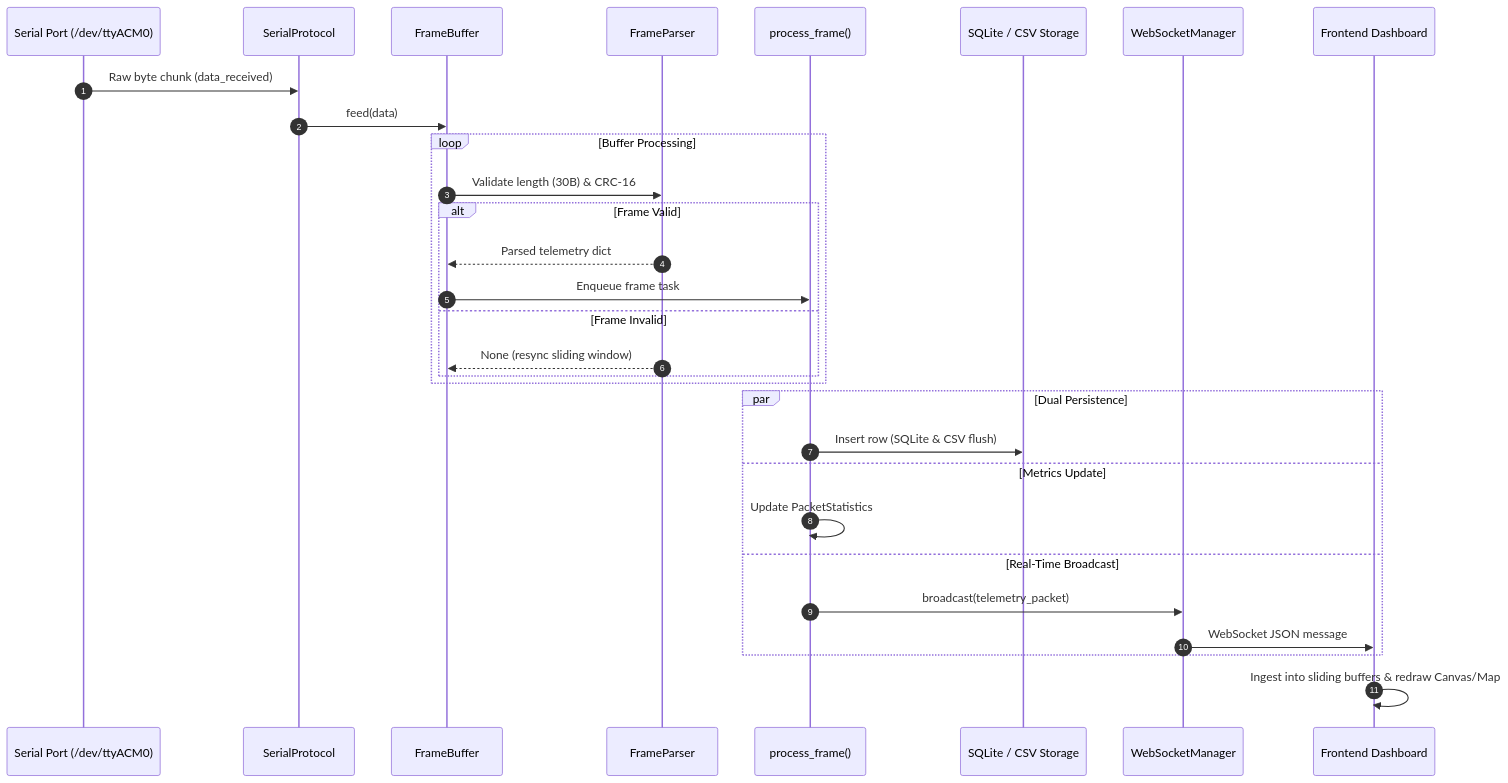
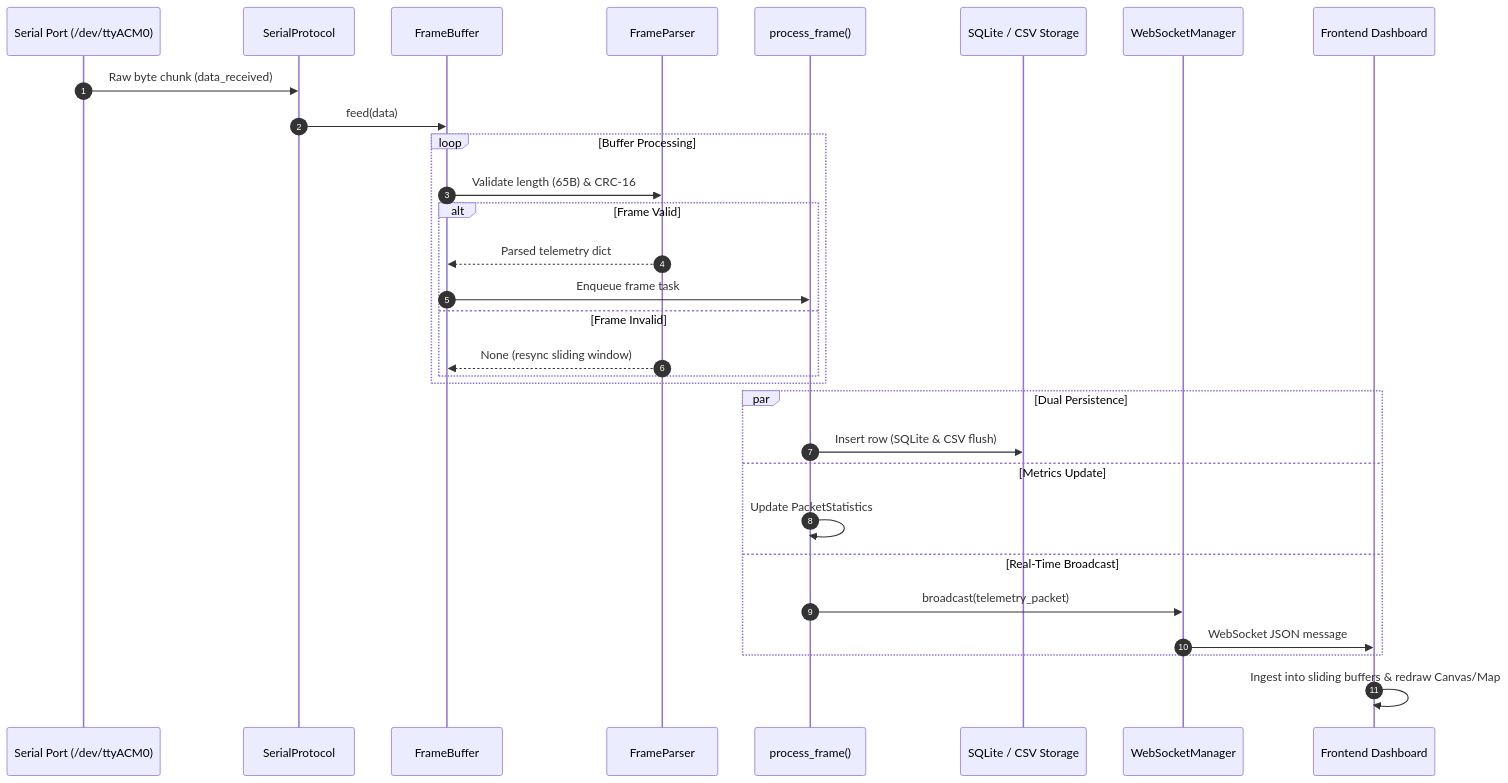
One commit to Invenciones-Espaciales/estacion-terrena-cansat changed the second of 4 diagrams in docs/architecture.md. Above: the diagram before and after it, drawn with Mermaid. The commit also changed other lines of this file and 1 other file, not shown here.

````diff
--- a/docs/architecture.md
+++ b/docs/architecture.md
@@ -49,33 +49,33 @@
 ```mermaid
 sequenceDiagram
     autonumber
     participant HW as Serial Port (/dev/ttyACM0)
     participant SER as SerialProtocol
     participant BUF as FrameBuffer
     participant PRS as FrameParser
     participant PROC as process_frame()
     participant DB as SQLite / CSV Storage
     participant WS as WebSocketManager
     participant UI as Frontend Dashboard
 
     HW->>SER: Raw byte chunk (data_received)
     SER->>BUF: feed(data)
     loop Buffer Processing
-        BUF->>PRS: Validate length (30B) & CRC-16
+        BUF->>PRS: Validate length (65B) & CRC-16
         alt Frame Valid
             PRS-->>BUF: Parsed telemetry dict
             BUF->>PROC: Enqueue frame task
         else Frame Invalid
             PRS-->>BUF: None (resync sliding window)
         end
     end
     par Dual Persistence
         PROC->>DB: Insert row (SQLite & CSV flush)
     and Metrics Update
         PROC->>PROC: Update PacketStatistics
     and Real-Time Broadcast
         PROC->>WS: broadcast(telemetry_packet)
         WS->>UI: WebSocket JSON message
     end
     UI->>UI: Ingest into sliding buffers & redraw Canvas/Map
 ```
````
